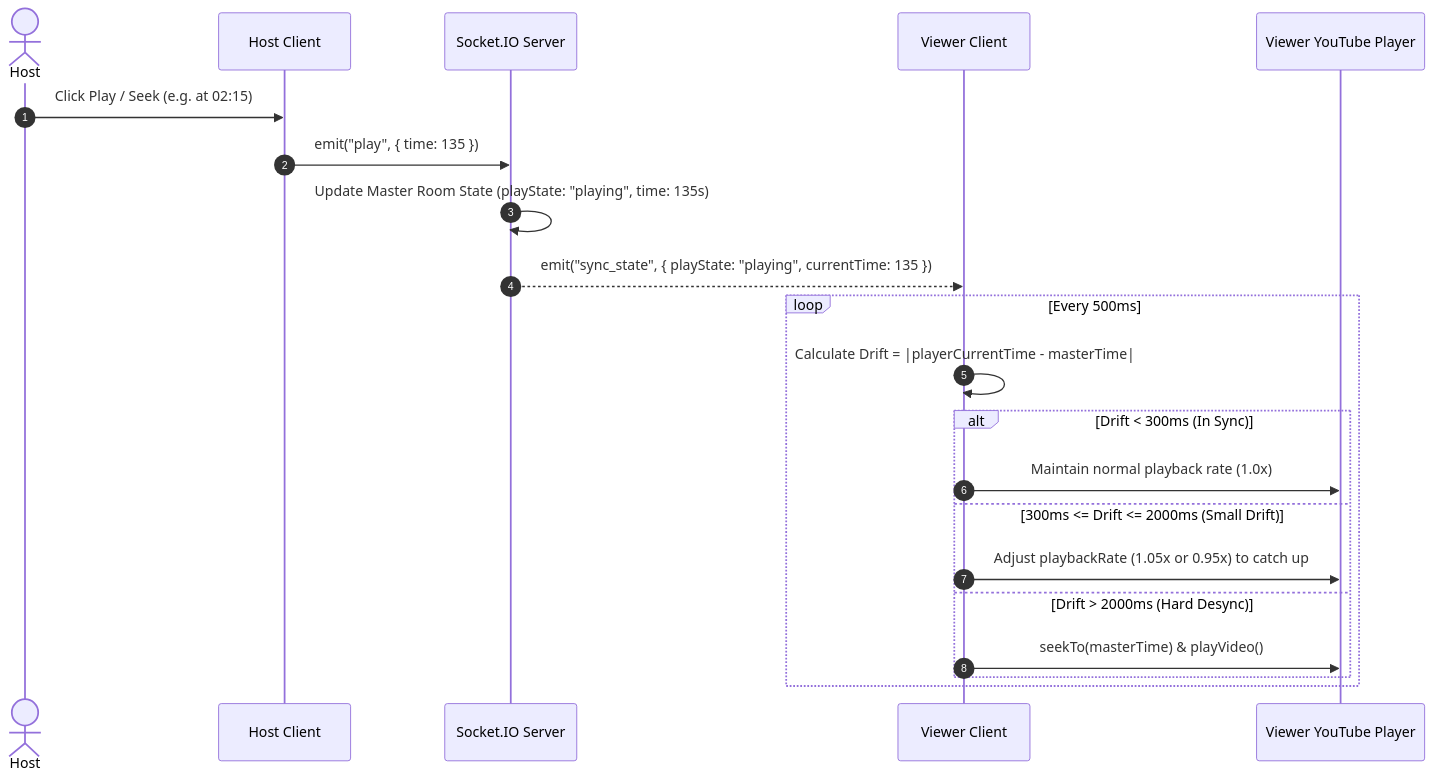
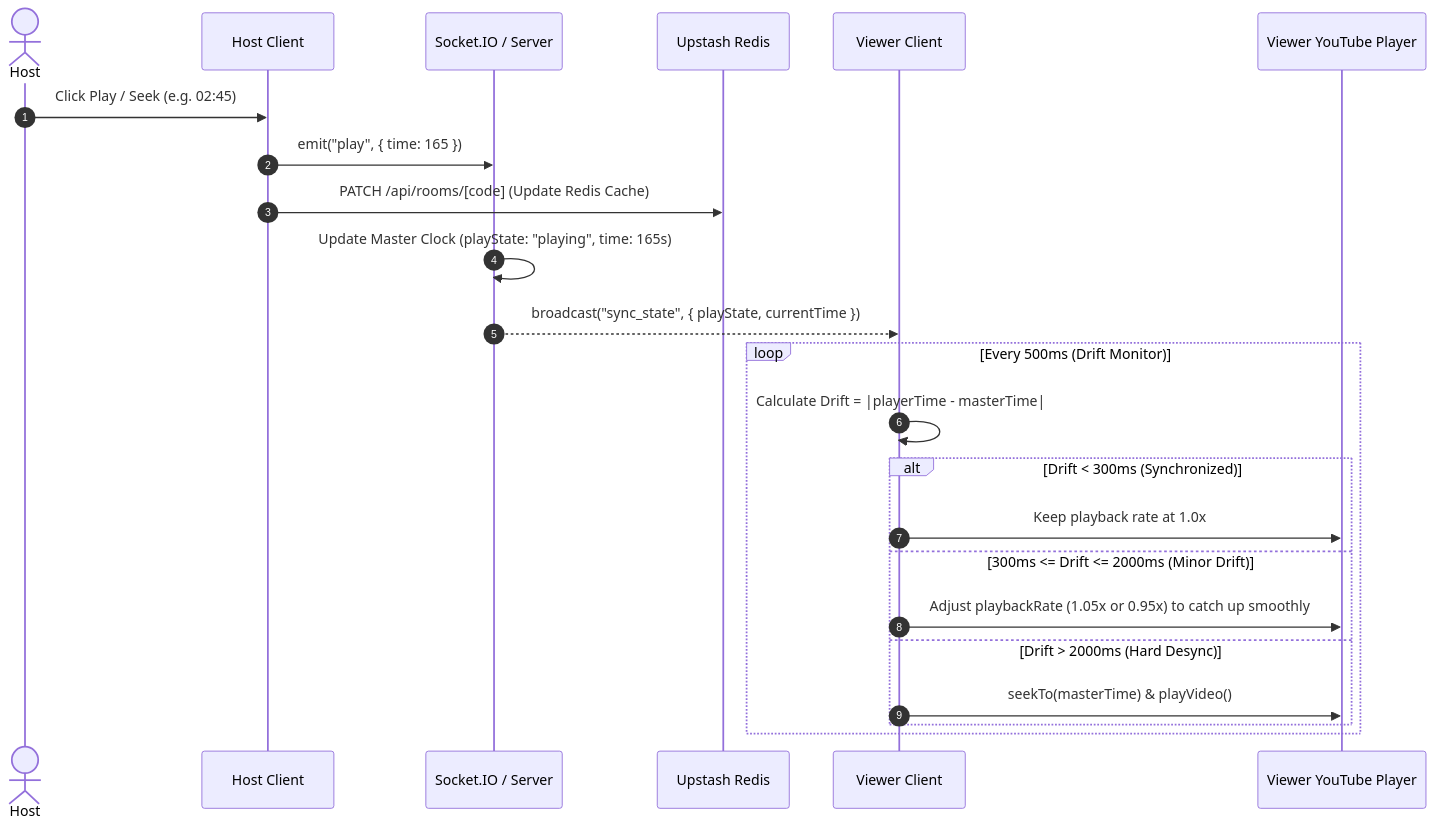
One commit to kushalpatel8/watch-party-system changed the second of 4 diagrams in README.md. Above: the diagram before and after it, drawn with Mermaid. The commit also changed other lines of this file and 6 other files, not shown here.

````diff
--- a/README.md
+++ b/README.md
@@ -77,25 +154,27 @@
 ```mermaid
 sequenceDiagram
     autonumber
     actor Host as Host
     participant HostClient as Host Client
-    participant Server as Socket.IO Server
+    participant Socket as Socket.IO / Server
+    participant Redis as Upstash Redis
     participant ViewerClient as Viewer Client
     participant ViewerYT as Viewer YouTube Player
 
-    Host->>HostClient: Click Play / Seek (e.g. at 02:15)
-    HostClient->>Server: emit("play", { time: 135 })
-    Server->>Server: Update Master Room State (playState: "playing", time: 135s)
-    Server-->>ViewerClient: emit("sync_state", { playState: "playing", currentTime: 135 })
+    Host->>HostClient: Click Play / Seek (e.g. 02:45)
+    HostClient->>Socket: emit("play", { time: 165 })
+    HostClient->>Redis: PATCH /api/rooms/[code] (Update Redis Cache)
+    Socket->>Socket: Update Master Clock (playState: "playing", time: 165s)
+    Socket-->>ViewerClient: broadcast("sync_state", { playState, currentTime })
     
-    loop Every 500ms
-        ViewerClient->>ViewerClient: Calculate Drift = |playerCurrentTime - masterTime|
-        alt Drift < 300ms (In Sync)
-            ViewerClient->>ViewerYT: Maintain normal playback rate (1.0x)
-        else 300ms <= Drift <= 2000ms (Small Drift)
-            ViewerClient->>ViewerYT: Adjust playbackRate (1.05x or 0.95x) to catch up
+    loop Every 500ms (Drift Monitor)
+        ViewerClient->>ViewerClient: Calculate Drift = |playerTime - masterTime|
+        alt Drift < 300ms (Synchronized)
+            ViewerClient->>ViewerYT: Keep playback rate at 1.0x
+        else 300ms <= Drift <= 2000ms (Minor Drift)
+            ViewerClient->>ViewerYT: Adjust playbackRate (1.05x or 0.95x) to catch up smoothly
         else Drift > 2000ms (Hard Desync)
             ViewerClient->>ViewerYT: seekTo(masterTime) & playVideo()
         end
     end
 ```
````
